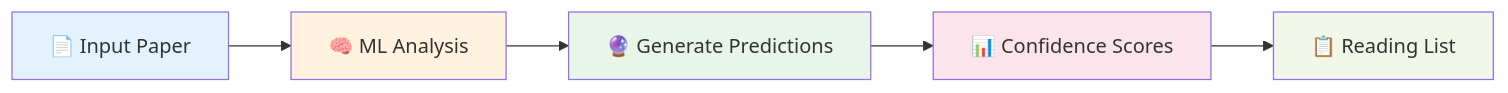
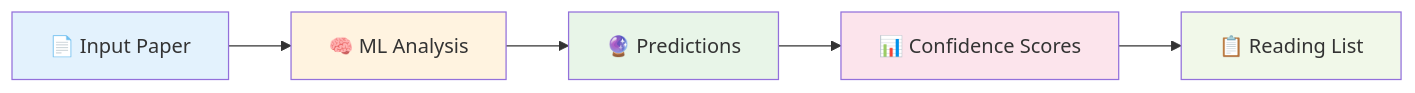
Before and after one commit to dagny099/citation-compass: the first of 3 diagrams in docs/index.md, drawn with Mermaid. The commit also changed other lines of this file and 3 other files, not shown here.

````diff
--- a/docs/index.md
+++ b/docs/index.md
@@ -275,13 +89,13 @@
         ```mermaid
         flowchart LR
             A["📄 Input Paper"] --> B["🧠 ML Analysis"]
-            B --> C["🔮 Generate Predictions"]
+            B --> C["🔮 Predictions"]
             C --> D["📊 Confidence Scores"]
             D --> E["📋 Reading List"]
-            
+
             style A fill:#e3f2fd
             style B fill:#fff3e0
             style C fill:#e8f5e8
             style D fill:#fce4ec
             style E fill:#f1f8e9
         ```
````
